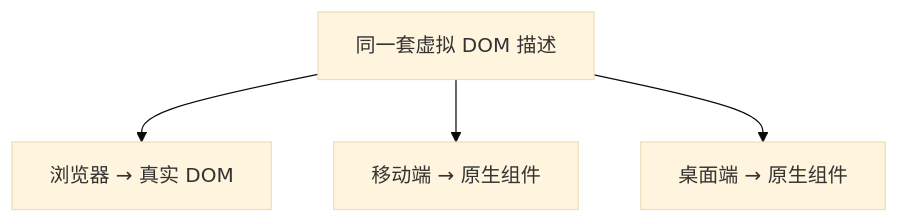
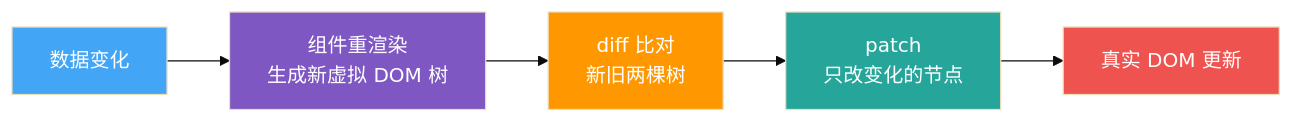
Before and after one commit to weng235/weng235.github.io: the first of 3 diagrams in _posts/2026-07-07-virtual-dom.md, drawn with Mermaid (base theme). The commit also changed other lines of this file, not shown here.

````diff
--- a/_posts/2026-07-07-virtual-dom.md
+++ b/_posts/2026-07-07-virtual-dom.md
@@ -48,6 +44,13 @@
 ```mermaid
-flowchart TD
-    A[同一套虚拟 DOM 描述] --> B[浏览器 → 真实 DOM]
-    A --> C[移动端 → 原生组件]
-    A --> D[桌面端 → 原生组件]
+graph LR
+    A[数据变化] --> B[组件重渲染<br/>生成新虚拟 DOM 树]
+    B --> C[diff 比对<br/>新旧两棵树]
+    C --> D[patch<br/>只改变化的节点]
+    D --> E[真实 DOM 更新]
+
+    style A fill:#42A5F5,color:#fff
+    style B fill:#7E57C2,color:#fff
+    style C fill:#FF9800,color:#fff
+    style D fill:#26A69A,color:#fff
+    style E fill:#EF5350,color:#fff
 ```
````
